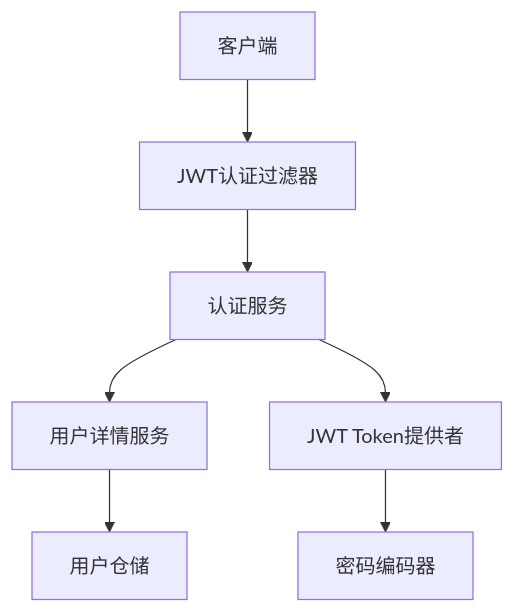
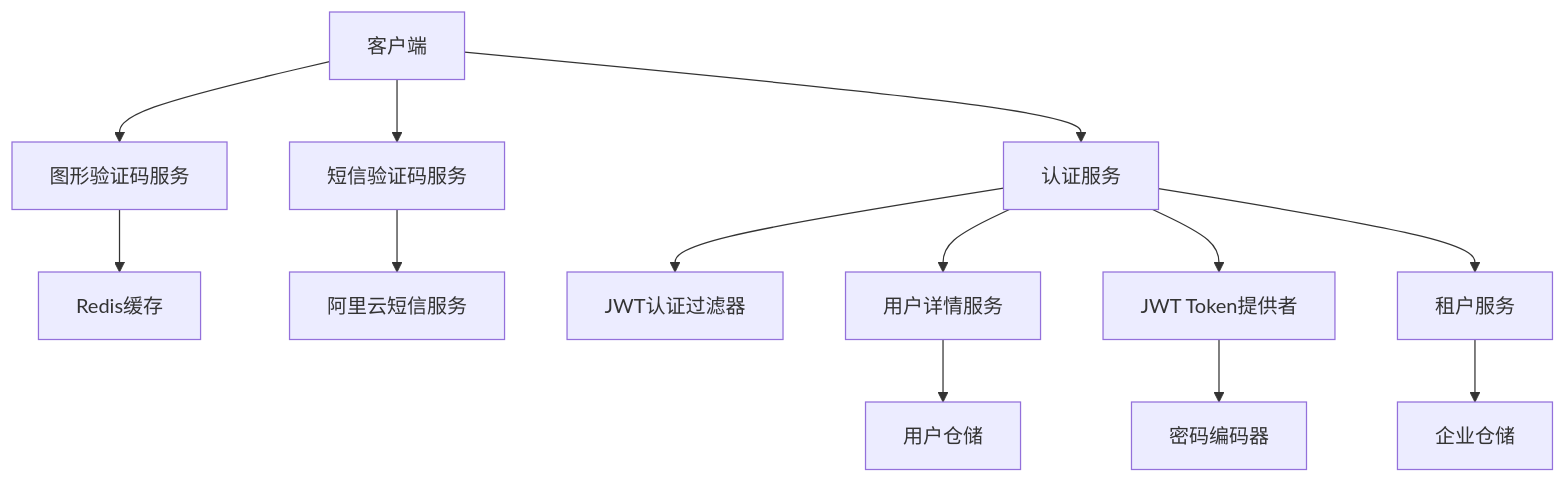
Before and after one commit to zhangzhencatcatheader/ainote-server: the first of 8 diagrams in wiki/07-核心功能架构.md, drawn with Mermaid. The commit also changed other lines of this file and 6 other files, not shown here.

````diff
--- a/wiki/07-核心功能架构.md
+++ b/wiki/07-核心功能架构.md
@@ -13,9 +13,15 @@
 ```mermaid
 graph TB
-    Client[客户端] --> AuthFilter[JWT认证过滤器]
-    AuthFilter --> AuthService[认证服务]
+    Client[客户端] --> CaptchaService[图形验证码服务]
+    Client --> SmsService[短信验证码服务]
+    Client --> AuthService[认证服务]
+    CaptchaService --> Redis[Redis缓存]
+    SmsService --> AliyunSms[阿里云短信服务]
+    AuthService --> AuthFilter[JWT认证过滤器]
     AuthService --> UserDetailsService[用户详情服务]
     AuthService --> JwtTokenProvider[JWT Token提供者]
     UserDetailsService --> UserRepository[用户仓储]
     JwtTokenProvider --> BCryptPasswordEncoder[密码编码器]
+    AuthService --> TenantService[租户服务]
+    TenantService --> CompanyRepository[企业仓储]
 ```
````
